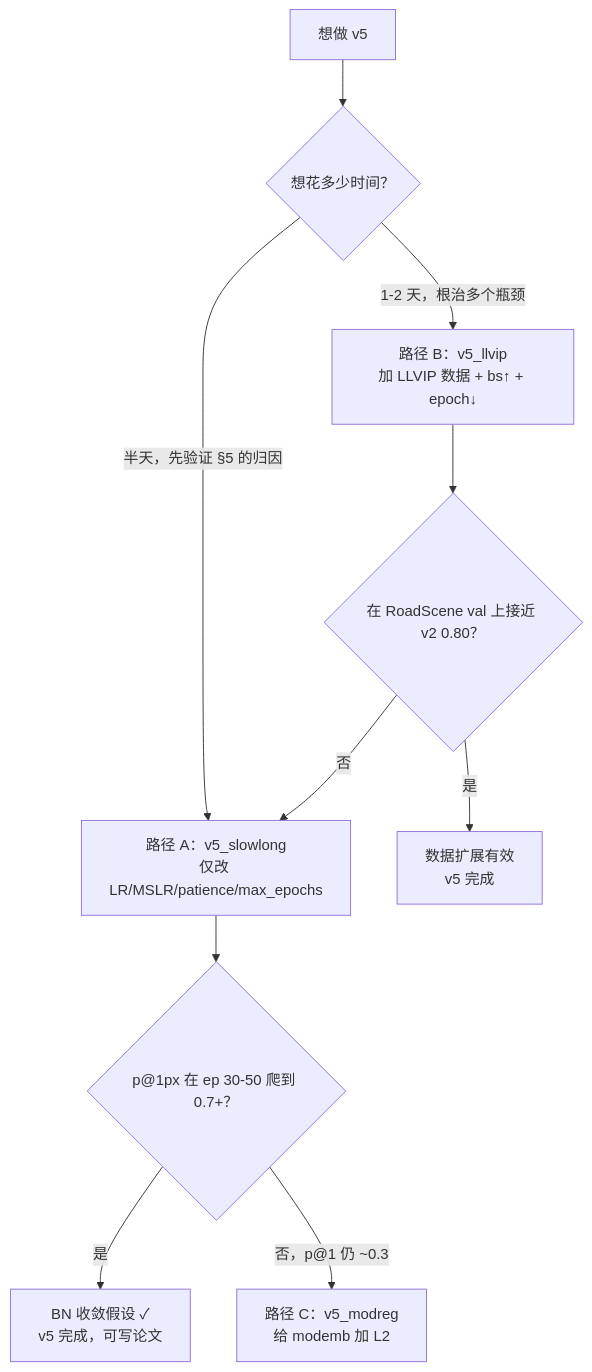
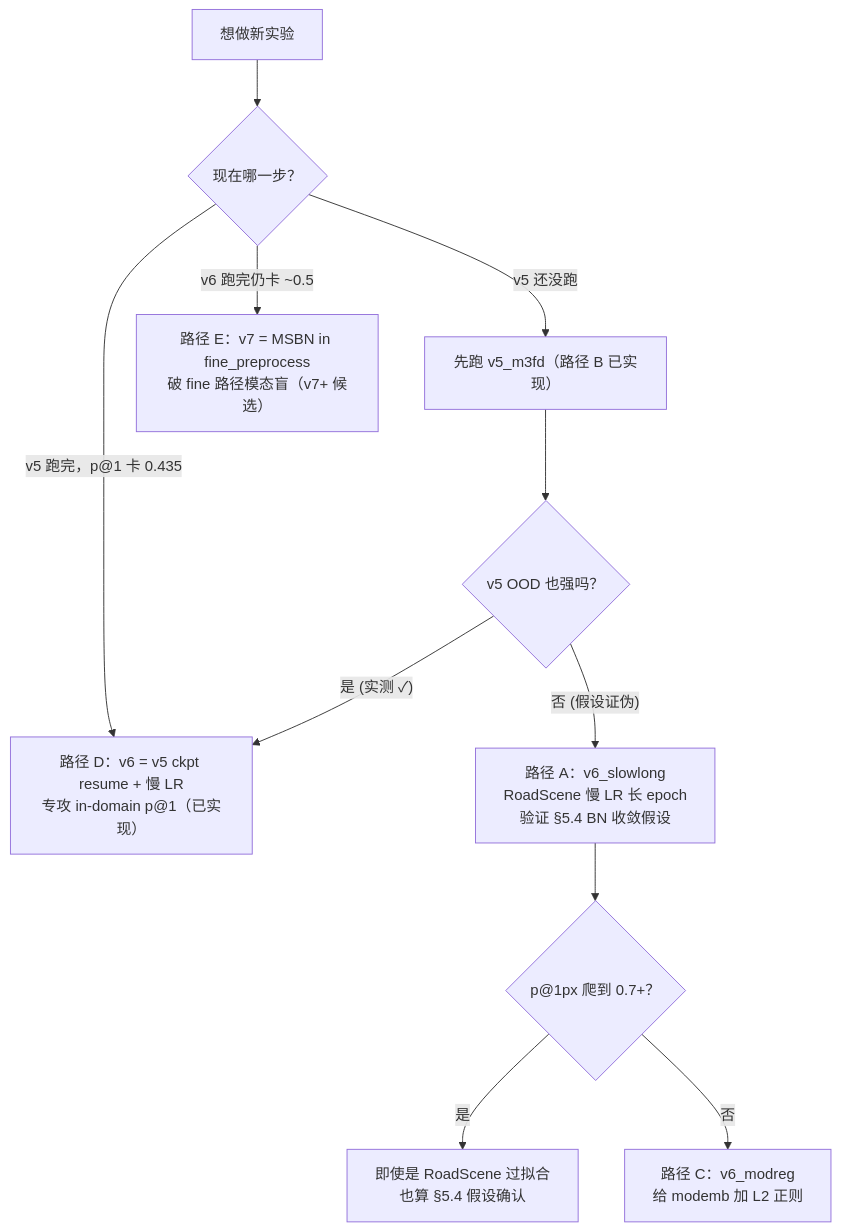
One commit to abirdlikefish/eloftr changed the fourth of 4 diagrams in .cursor/skills/eloftr-cross-modal-experiments/SKILL.md. Above: the diagram before and after it, drawn with Mermaid. The commit also changed other lines of this file and 20 other files, not shown here.

````diff
--- a/.cursor/skills/eloftr-cross-modal-experiments/SKILL.md
+++ b/.cursor/skills/eloftr-cross-modal-experiments/SKILL.md
@@ -329,12 +683,13 @@
 ```mermaid
 flowchart TD
-    start["想做 v5"] --> q1{"想花多少时间？"}
-    q1 -->|"半天，先验证 §5 的归因"| pathA["路径 A：v5_slowlong<br/>仅改 LR/MSLR/patience/max_epochs"]
-    q1 -->|"1-2 天，根治多个瓶颈"| pathB["路径 B：v5_llvip<br/>加 LLVIP 数据 + bs↑ + epoch↓"]
-    pathA --> obsA{"p@1px 在 ep 30-50 爬到 0.7+？"}
-    obsA -->|"是"| done1["BN 收敛假设 ✓<br/>v5 完成，可写论文"]
-    obsA -->|"否，p@1 仍 ~0.3"| pathC["路径 C：v5_modreg<br/>给 modemb 加 L2"]
-    pathB --> obsB{"在 RoadScene val 上接近 v2 0.80？"}
-    obsB -->|"是"| done2["数据扩展有效<br/>v5 完成"]
-    obsB -->|"否"| pathA
+    start["想做新实验"] --> q0{"现在哪一步？"}
+    q0 -->|"v5 还没跑"| runV5["先跑 v5_m3fd（路径 B 已实现）"]
+    q0 -->|"v5 跑完，p@1 卡 0.435"| pathD["路径 D：v6 = v5 ckpt resume + 慢 LR<br/>专攻 in-domain p@1（已实现）"]
+    q0 -->|"v6 跑完仍卡 ~0.5"| pathE["路径 E：v7 = MSBN in fine_preprocess<br/>破 fine 路径模态盲（v7+ 候选）"]
+    runV5 --> v5res{"v5 OOD 也强吗？"}
+    v5res -->|"是 (实测 ✓)"| pathD
+    v5res -->|"否 (假设证伪)"| pathA["路径 A：v6_slowlong<br/>RoadScene 慢 LR 长 epoch<br/>验证 §5.4 BN 收敛假设"]
+    pathA --> q3{"p@1px 爬到 0.7+？"}
+    q3 -->|"是"| pathDoa["即使是 RoadScene 过拟合<br/>也算 §5.4 假设确认"]
+    q3 -->|"否"| pathC["路径 C：v6_modreg<br/>给 modemb 加 L2 正则"]
 ```
````
